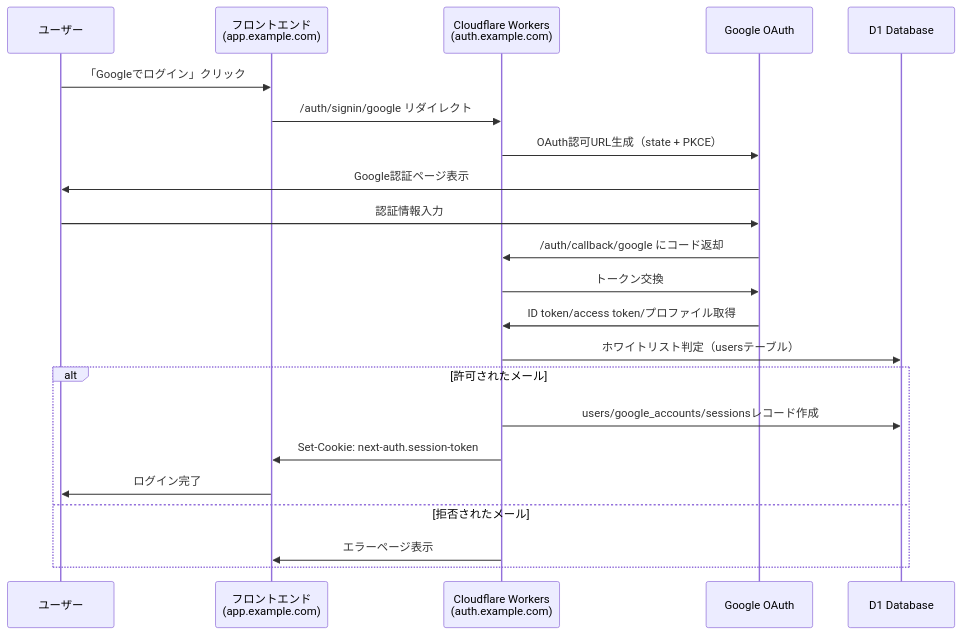
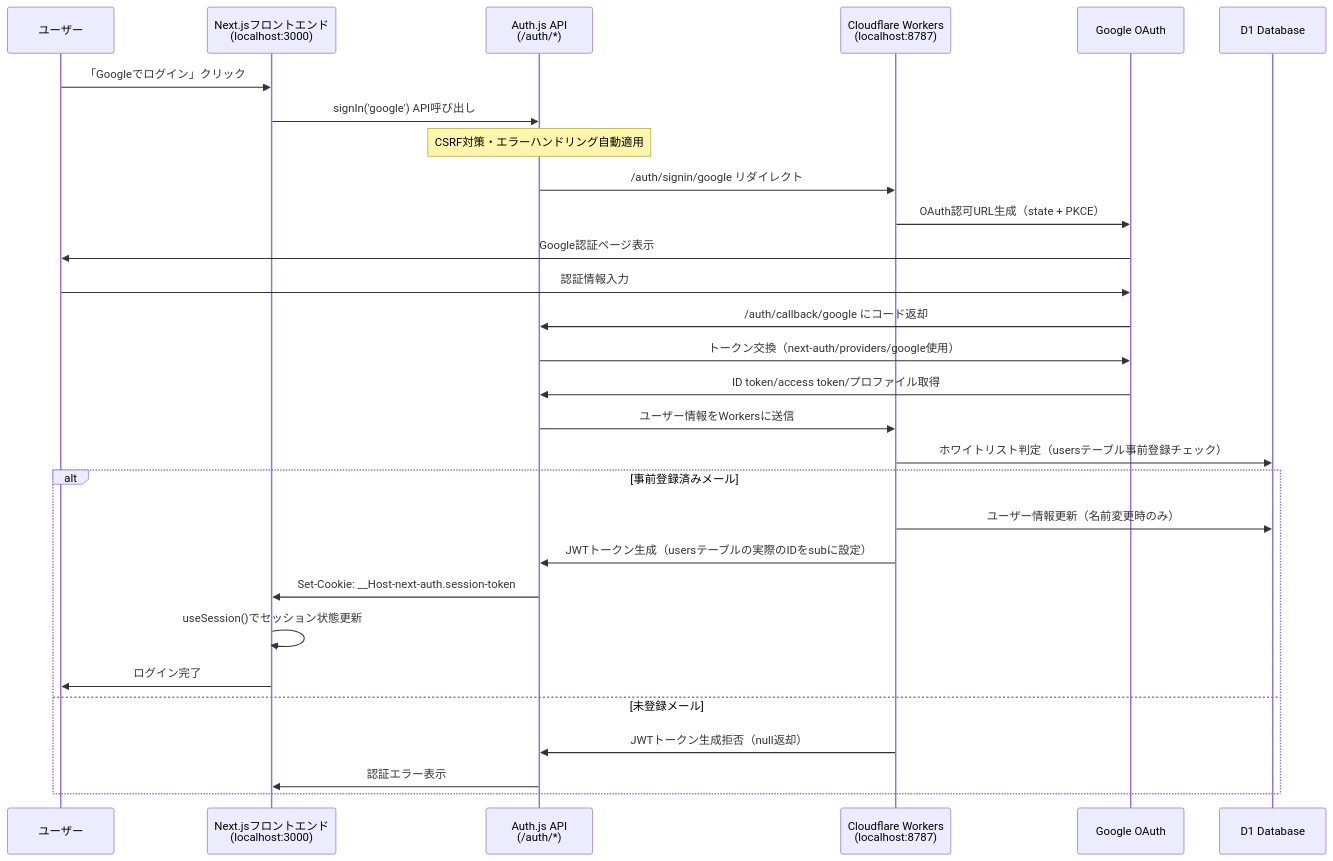
One commit to Toho-MLM/mlm-dx changed the diagram in README.md. Above: the diagram before and after it, drawn with Mermaid. The commit also changed other lines of this file and 17 other files, not shown here.

Commit message:
Migrate frontend to next-auth and Auth.js API

````diff
--- a/README.md
+++ b/README.md
@@ -269,25 +370,32 @@
 ```mermaid
 sequenceDiagram
     participant U as ユーザー
-    participant F as フロントエンド<br/>(app.example.com)
-    participant W as Cloudflare Workers<br/>(auth.example.com)
+    participant F as Next.jsフロントエンド<br/>(localhost:3000)
+    participant A as Auth.js API<br/>(/auth/*)
+    participant W as Cloudflare Workers<br/>(localhost:8787)
     participant G as Google OAuth
     participant D as D1 Database
 
     U->>F: 「Googleでログイン」クリック
-    F->>W: /auth/signin/google リダイレクト
+    F->>A: signIn('google') API呼び出し
+    Note over A: CSRF対策・エラーハンドリング自動適用
+    A->>W: /auth/signin/google リダイレクト
     W->>G: OAuth認可URL生成（state + PKCE）
     G->>U: Google認証ページ表示
     U->>G: 認証情報入力
-    G->>W: /auth/callback/google にコード返却
-    W->>G: トークン交換
-    G->>W: ID token/access token/プロファイル取得
-    W->>D: ホワイトリスト判定（usersテーブル）
-    alt 許可されたメール
-        W->>D: users/google_accounts/sessionsレコード作成
-        W->>F: Set-Cookie: next-auth.session-token
+    G->>A: /auth/callback/google にコード返却
+    A->>G: トークン交換（next-auth/providers/google使用）
+    G->>A: ID token/access token/プロファイル取得
+    A->>W: ユーザー情報をWorkersに送信
+    W->>D: ホワイトリスト判定（usersテーブル事前登録チェック）
+    alt 事前登録済みメール
+        W->>D: ユーザー情報更新（名前変更時のみ）
+        W->>A: JWTトークン生成（usersテーブルの実際のIDをsubに設定）
+        A->>F: Set-Cookie: __Host-next-auth.session-token
+        F->>F: useSession()でセッション状態更新
         F->>U: ログイン完了
-    else 拒否されたメール
-        W->>F: エラーページ表示
+    else 未登録メール
+        W->>A: JWTトークン生成拒否（null返却）
+        A->>F: 認証エラー表示
     end
 ```
````
